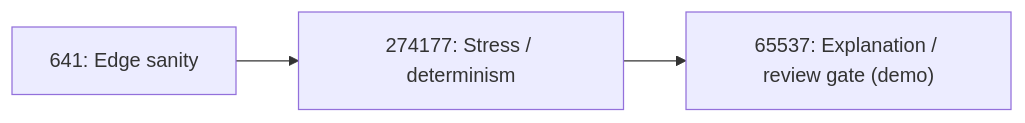
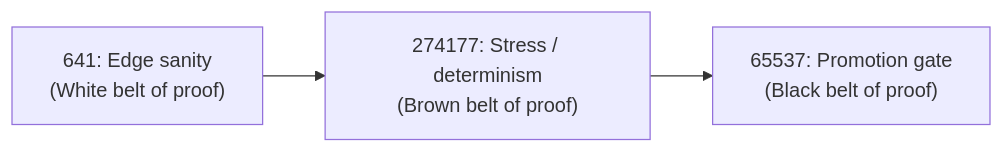
One commit to phuctruong/stillwater changed the fourth of 6 diagrams in README.md. Above: the diagram before and after it, drawn with Mermaid. The commit also changed other lines of this file and 15 other files, not shown here.

````diff
--- a/README.md
+++ b/README.md
@@ -61,5 +153,5 @@
 ```mermaid
 flowchart LR
-  R641["641: Edge sanity"] --> R274177["274177: Stress / determinism"]
-  R274177 --> R65537["65537: Explanation / review gate (demo)"]
+  R641["641: Edge sanity<br/>(White belt of proof)"] --> R274177["274177: Stress / determinism<br/>(Brown belt of proof)"]
+  R274177 --> R65537["65537: Promotion gate<br/>(Black belt of proof)"]
 ```
````
